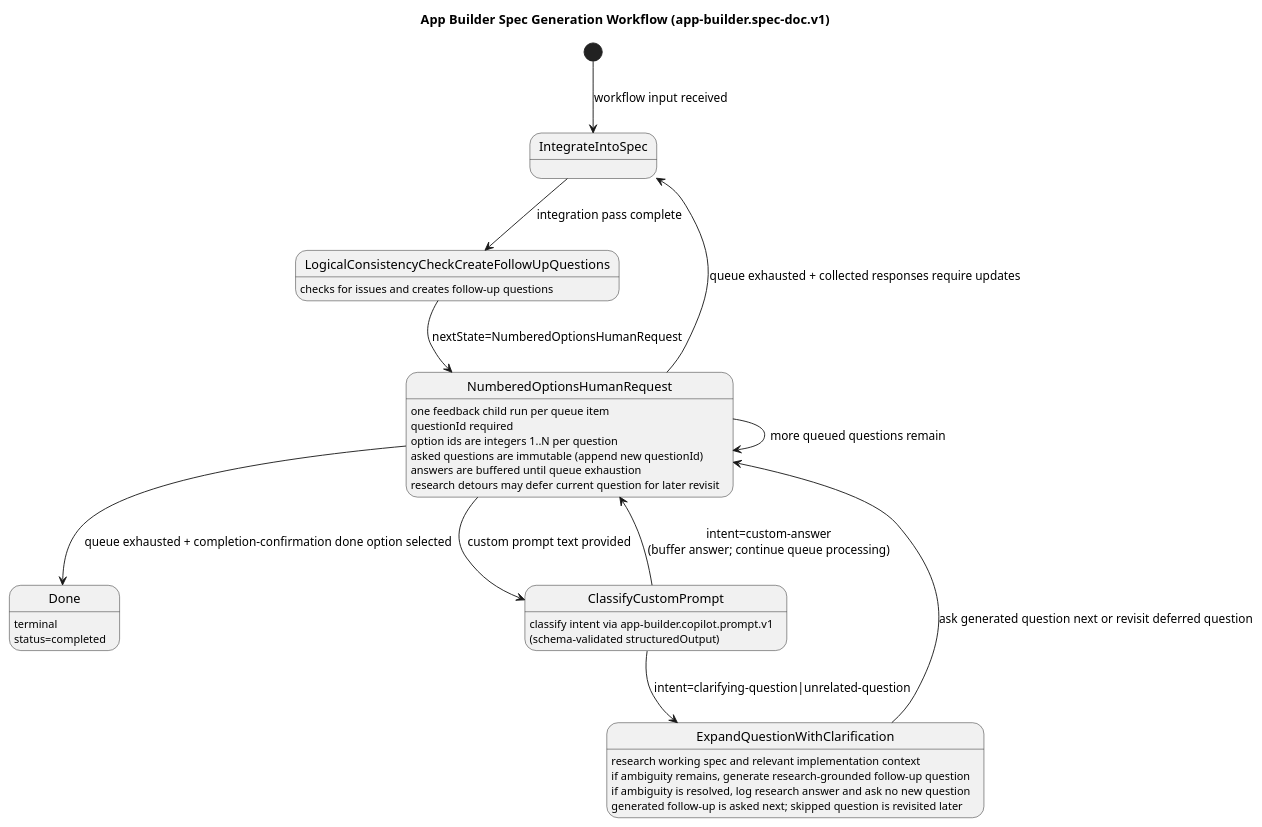
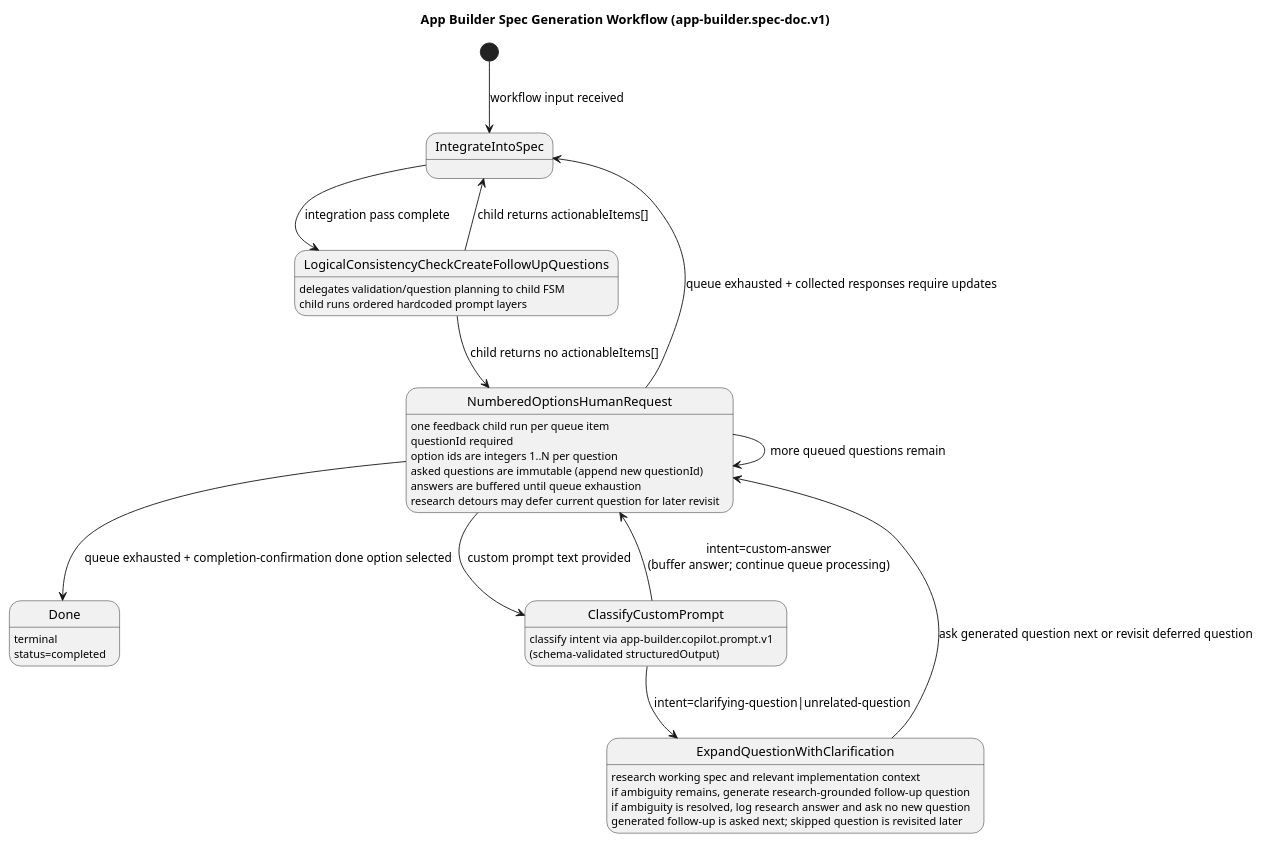
One commit to huntj88/ComposableWorkflow changed the diagram in packages/workflow-app-builder/docs/spec-doc-generation-workflow.md. Above: the diagram before and after it, drawn with PlantUML. The commit also changed other lines of this file and 16 other files, not shown here.

````diff
--- a/packages/workflow-app-builder/docs/spec-doc-generation-workflow.md
+++ b/packages/workflow-app-builder/docs/spec-doc-generation-workflow.md
@@ -77,39 +154,41 @@
 ```plantuml
 @startuml
 title App Builder Spec Generation Workflow (app-builder.spec-doc.v1)
 
 [*] --> IntegrateIntoSpec : workflow input received
 IntegrateIntoSpec --> LogicalConsistencyCheckCreateFollowUpQuestions : integration pass complete
 
-LogicalConsistencyCheckCreateFollowUpQuestions : checks for issues and creates follow-up questions
-LogicalConsistencyCheckCreateFollowUpQuestions --> NumberedOptionsHumanRequest : nextState=NumberedOptionsHumanRequest
+LogicalConsistencyCheckCreateFollowUpQuestions : delegates validation/question planning to child FSM
+LogicalConsistencyCheckCreateFollowUpQuestions : child runs ordered hardcoded prompt layers
+LogicalConsistencyCheckCreateFollowUpQuestions --> IntegrateIntoSpec : child returns actionableItems[]
+LogicalConsistencyCheckCreateFollowUpQuestions --> NumberedOptionsHumanRequest : child returns no actionableItems[]
 
 NumberedOptionsHumanRequest : one feedback child run per queue item
 NumberedOptionsHumanRequest : questionId required
 NumberedOptionsHumanRequest : option ids are integers 1..N per question
 NumberedOptionsHumanRequest : asked questions are immutable (append new questionId)
 NumberedOptionsHumanRequest : answers are buffered until queue exhaustion
 NumberedOptionsHumanRequest : research detours may defer current question for later revisit
 
 NumberedOptionsHumanRequest --> NumberedOptionsHumanRequest : more queued questions remain
 NumberedOptionsHumanRequest --> Done : queue exhausted + completion-confirmation done option selected
 NumberedOptionsHumanRequest --> IntegrateIntoSpec : queue exhausted + collected responses require updates
 NumberedOptionsHumanRequest --> ClassifyCustomPrompt : custom prompt text provided
 
 state ClassifyCustomPrompt
 ClassifyCustomPrompt : classify intent via app-builder.copilot.prompt.v1\n(schema-validated structuredOutput)
 
 ClassifyCustomPrompt --> ExpandQuestionWithClarification : intent=clarifying-question|unrelated-question
 ClassifyCustomPrompt --> NumberedOptionsHumanRequest : intent=custom-answer\n(buffer answer; continue queue processing)
 
 state ExpandQuestionWithClarification
 ExpandQuestionWithClarification : research working spec and relevant implementation context
 ExpandQuestionWithClarification : if ambiguity remains, generate research-grounded follow-up question
 ExpandQuestionWithClarification : if ambiguity is resolved, log research answer and ask no new question
 ExpandQuestionWithClarification : generated follow-up is asked next; skipped question is revisited later
 
 ExpandQuestionWithClarification --> NumberedOptionsHumanRequest : ask generated question next or revisit deferred question
 
 Done : terminal\nstatus=completed
 @enduml
 ```
````
